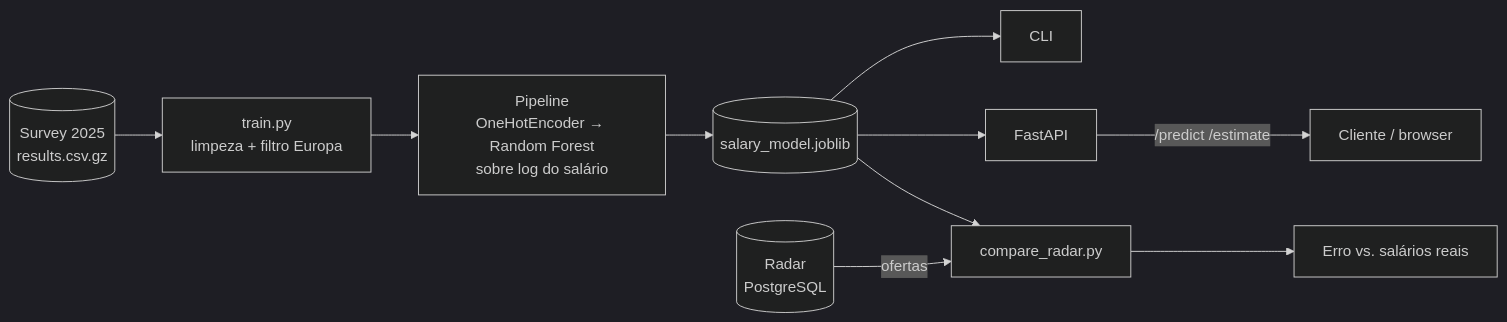
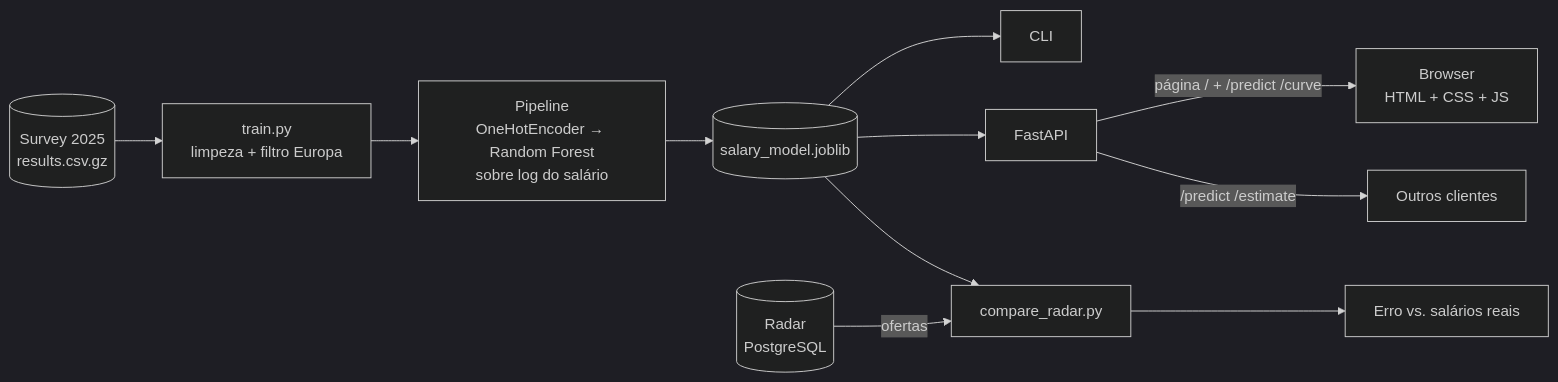
The diagram in README.pt-PT.md (PedroPinho17/salary-predictor), drawn with Mermaid (dark theme) before and after one commit. The commit also changed other lines of this file and 11 other files, not shown here.

````diff
--- a/README.pt-PT.md
+++ b/README.pt-PT.md
@@ -76,12 +80,13 @@
 ```mermaid
 flowchart LR
     S[(Survey 2025<br/>results.csv.gz)] --> T[train.py<br/>limpeza + filtro Europa]
     T --> P[Pipeline<br/>OneHotEncoder → Random Forest<br/>sobre log do salário]
     P --> M[(salary_model.joblib)]
     M --> C[CLI]
     M --> A[FastAPI]
-    A -- /predict /estimate --> U[Cliente / browser]
+    A -- página / + /predict /curve --> U[Browser<br/>HTML + CSS + JS]
+    A -- /predict /estimate --> X[Outros clientes]
     R[(Radar<br/>PostgreSQL)] -- ofertas --> CR[compare_radar.py]
     M --> CR
     CR --> E[Erro vs. salários reais]
 ```
````
